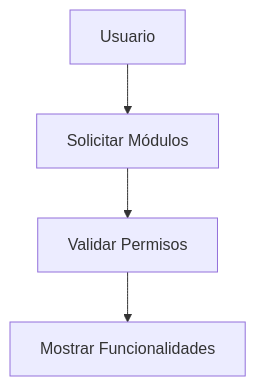
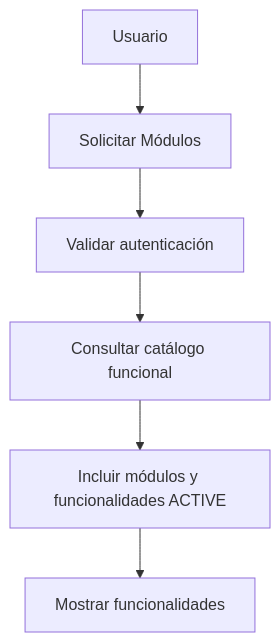
Before and after one commit to chirijose79-ui/Chiri: the third of 7 diagrams in docs/120_CasosUso.md, drawn with Mermaid. The commit also changed other lines of this file, not shown here.

````diff
--- a/docs/120_CasosUso.md
+++ b/docs/120_CasosUso.md
@@ -134,11 +141,15 @@
 ```mermaid
 flowchart TD
     Usuario --> SolicitarModulos
-    SolicitarModulos --> ValidarPermisos
-    ValidarPermisos --> MostrarModulos
+    SolicitarModulos --> AutenticarSolicitud
+    AutenticarSolicitud --> ConsultarCatalogo
+    ConsultarCatalogo --> FiltrarActivos
+    FiltrarActivos --> MostrarModulos
 
     Usuario["Usuario"]
     SolicitarModulos["Solicitar Módulos"]
-    ValidarPermisos["Validar Permisos"]
-    MostrarModulos["Mostrar Funcionalidades"]
+    AutenticarSolicitud["Validar autenticación"]
+    ConsultarCatalogo["Consultar catálogo funcional"]
+    FiltrarActivos["Incluir módulos y funcionalidades ACTIVE"]
+    MostrarModulos["Mostrar funcionalidades"]
 ```
````
